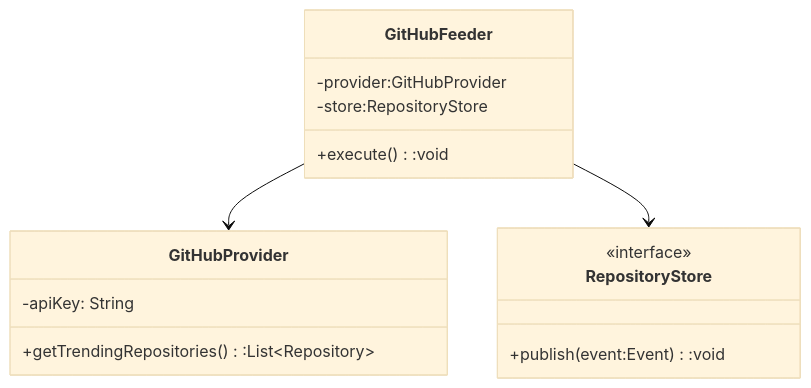
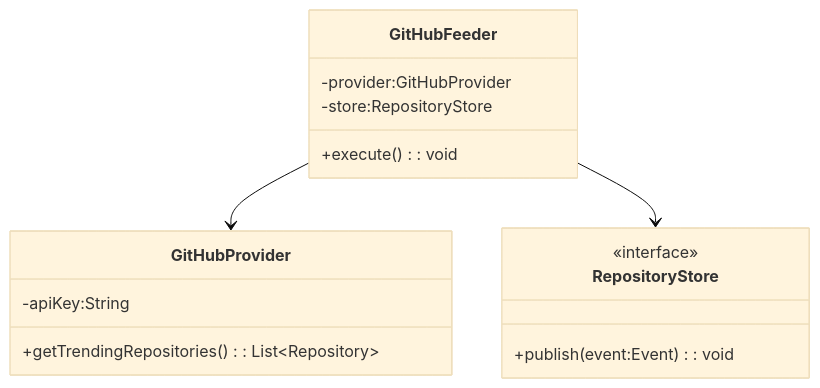
Before and after one commit to TechnoRadar/techno-radar: the second of 5 diagrams in README.md, drawn with Mermaid (base theme). The commit also changed other lines of this file, not shown here.

````diff
--- a/README.md
+++ b/README.md
@@ -241,18 +241,18 @@
 ```mermaid
 classDiagram
     class GitHubFeeder {
         -provider:GitHubProvider
         -store:RepositoryStore
-        +execute():void
+        +execute() : void
     }
     class GitHubProvider {
-        -apiKey: String
-        +getTrendingRepositories():List~Repository~
+        -apiKey:String
+        +getTrendingRepositories() : List~Repository~
     }
     class RepositoryStore {
         <<interface>>
-        +publish(event:Event):void
+        +publish(event:Event) : void
     }
     GitHubFeeder --> GitHubProvider
     GitHubFeeder --> RepositoryStore
 ```
````
